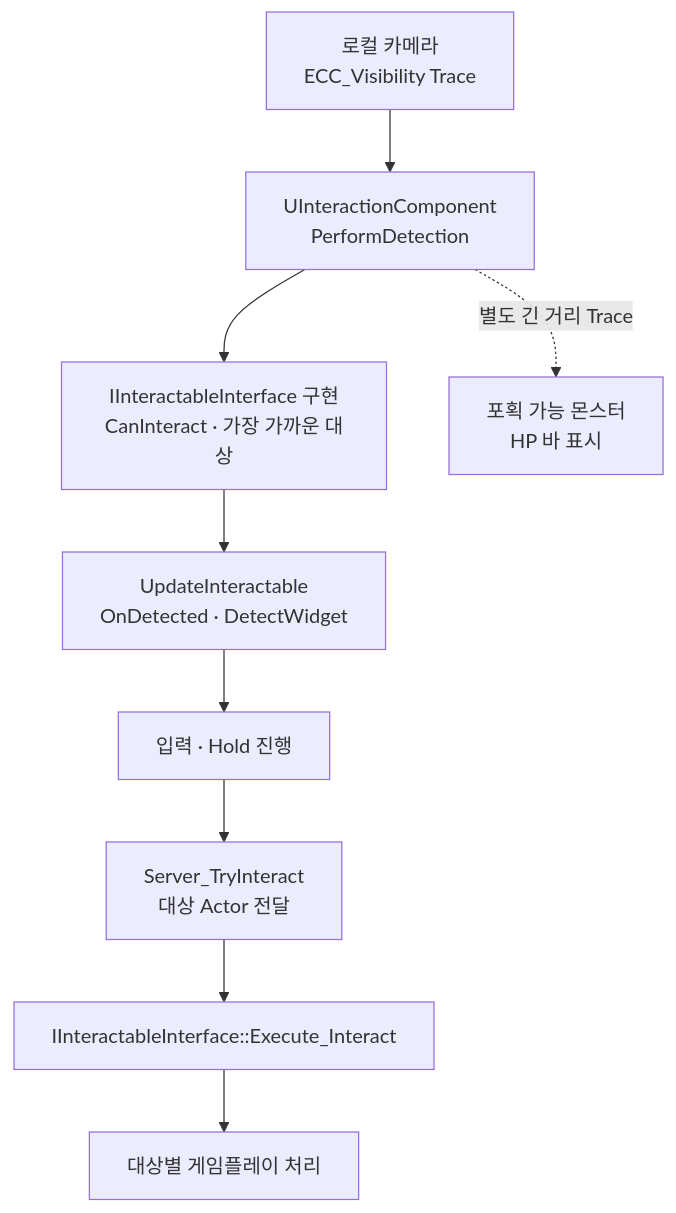
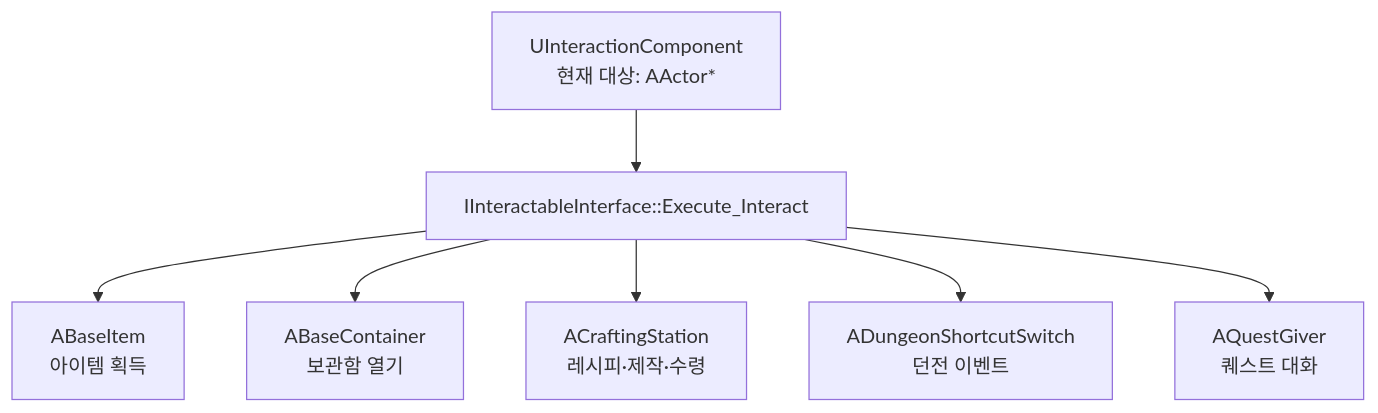
One commit to chungheonLee0325/Sonheim changed the diagram in Doc/Wiki/06_World_Interaction_Systems.md. Above: the diagram before and after it, drawn with Mermaid. The commit also changed other lines of this file, not shown here.

Commit message:
docs: refocus world interaction wiki on interface polymorphism

```diff
--- a/Doc/Wiki/06_World_Interaction_Systems.md
+++ b/Doc/Wiki/06_World_Interaction_Systems.md
@@ -35,12 +76,9 @@
 ~~~mermaid
 flowchart TB
-    CAMERA["로컬 카메라<br/>ECC_Visibility Trace"] --> DETECT["UInteractionComponent<br/>PerformDetection"]
-    DETECT --> FILTER["IInteractableInterface 구현<br/>CanInteract · 가장 가까운 대상"]
-    FILTER --> PROMPT["UpdateInteractable<br/>OnDetected · DetectWidget"]
-    PROMPT --> INPUT["입력 · Hold 진행"]
-    INPUT --> RPC["Server_TryInteract<br/>대상 Actor 전달"]
-    RPC --> EXEC["IInteractableInterface::Execute_Interact"]
-    EXEC --> RESULT["대상별 게임플레이 처리"]
-
-    DETECT -. "별도 긴 거리 Trace" .-> MONSTER["포획 가능 몬스터<br/>HP 바 표시"]
+    INPUT["UInteractionComponent<br/>현재 대상: AActor*"] --> CALL["IInteractableInterface::Execute_Interact"]
+    CALL --> ITEM["ABaseItem<br/>아이템 획득"]
+    CALL --> CONTAINER["ABaseContainer<br/>보관함 열기"]
+    CALL --> CRAFT["ACraftingStation<br/>레시피·제작·수령"]
+    CALL --> LEVER["ADungeonShortcutSwitch<br/>던전 이벤트"]
+    CALL --> NPC["AQuestGiver<br/>퀘스트 대화"]
 ~~~
```
